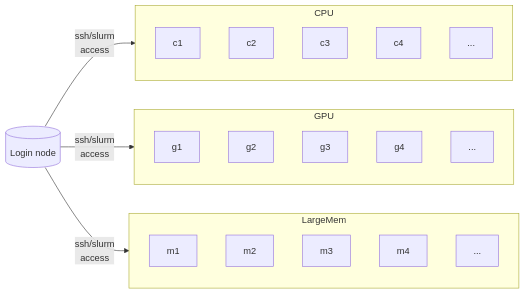
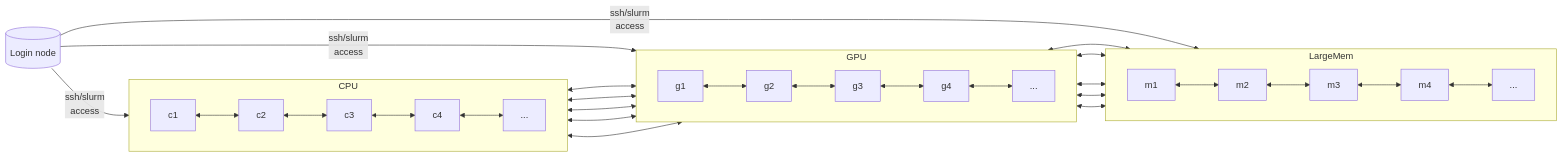
The first of 2 diagrams in slurm.md (ICHEC/interim-service), drawn with Mermaid before and after one commit. The commit also changed other lines of this file, not shown here.

````diff
--- a/slurm.md
+++ b/slurm.md
@@ -7,31 +8,42 @@
 ```{mermaid}
+:align: center
 graph LR
 login[(Login node)]
 
 subgraph CPU
+direction LR
 c1
 c2
 c3
 c4
 c5["..."]
+c1 <--> c2 <--> c3 <--> c4 <--> c5
 end
 
 subgraph GPU
+direction LR
 g1
 g2
 g3
 g4
 g5["..."]
+g1 <--> g2 <--> g3 <--> g4 <--> g5
 end
 
 subgraph LargeMem
+direction LR
 m1
 m2
 m3
 m4
 m5["..."]
+m1 <--> m2 <--> m3 <--> m4 <--> m5
 end
-
+c1 <--> g1 <--> m1
+c2 <--> g2 <--> m2
+c3 <--> g3 <--> m3
+c4 <--> g4 <--> m4
+c5 <--> g5 <--> m5
 login --"ssh/slurm
 access"--> CPU & GPU & LargeMem
 ```
````
